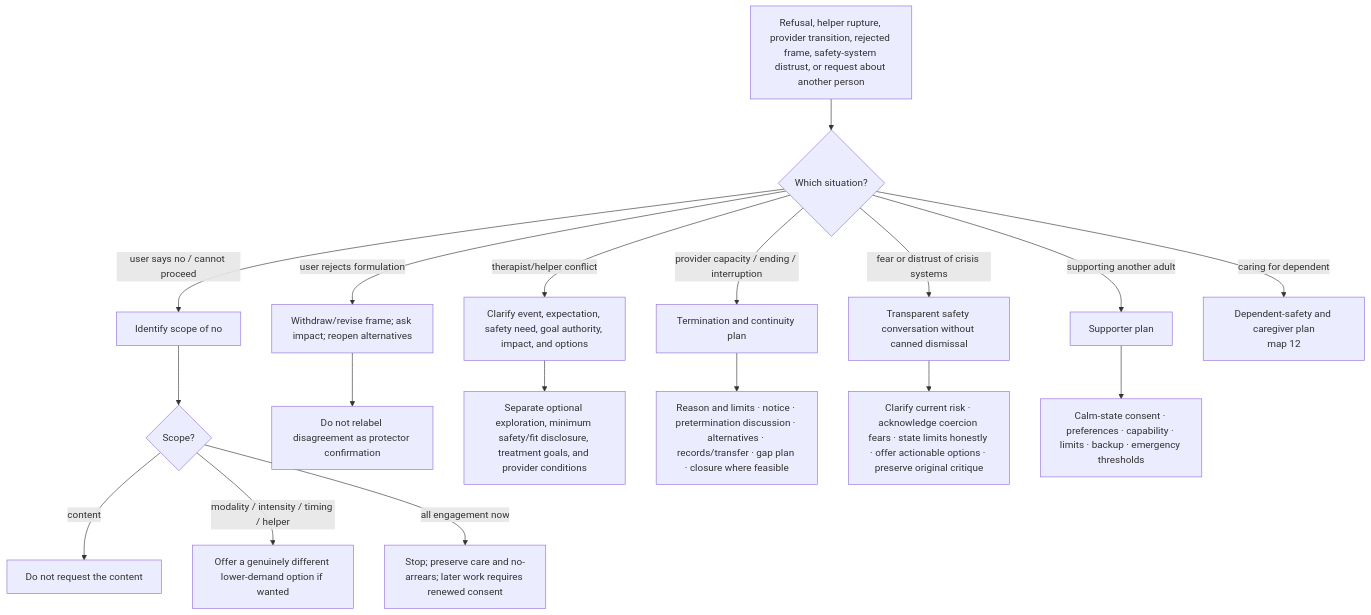
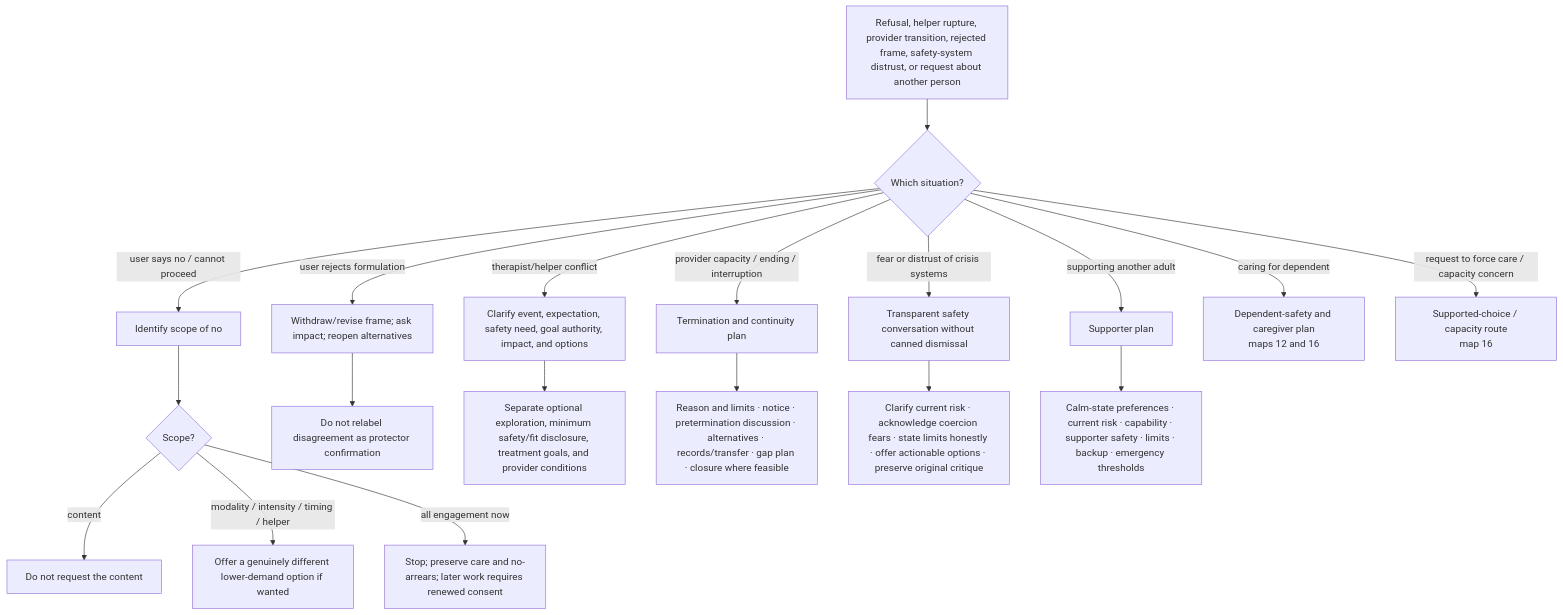
Before and after one commit to u-dont-existDOTcom/creativeTailSampling: the diagram in analysis/inner_child_protocol/maps/14-SCOPED-CONSENT-FRAME-REPAIR-AND-THIRD-PARTY-HELP.md, drawn with Mermaid. The commit also changed other lines of this file, not shown here.

Commit message:
Add supporter limits and capacity routing

````diff
--- a/analysis/inner_child_protocol/maps/14-SCOPED-CONSENT-FRAME-REPAIR-AND-THIRD-PARTY-HELP.md
+++ b/analysis/inner_child_protocol/maps/14-SCOPED-CONSENT-FRAME-REPAIR-AND-THIRD-PARTY-HELP.md
@@ -5,22 +5,23 @@
 ```mermaid
 flowchart TD
     A["Refusal, helper rupture, provider transition, rejected frame, safety-system distrust, or request about another person"] --> B{"Which situation?"}
     B -- "user says no / cannot proceed" --> C["Identify scope of no"]
     B -- "user rejects formulation" --> D["Withdraw/revise frame; ask impact; reopen alternatives"]
     B -- "therapist/helper conflict" --> E["Clarify event, expectation, safety need, goal authority, impact, and options"]
     B -- "provider capacity / ending / interruption" --> E2["Termination and continuity plan"]
     B -- "fear or distrust of crisis systems" --> E3["Transparent safety conversation without canned dismissal"]
     B -- "supporting another adult" --> F["Supporter plan"]
-    B -- "caring for dependent" --> G["Dependent-safety and caregiver plan<br/>map 12"]
+    B -- "caring for dependent" --> G["Dependent-safety and caregiver plan<br/>maps 12 and 16"]
+    B -- "request to force care / capacity concern" --> G2["Supported-choice / capacity route<br/>map 16"]
 
     C --> H{"Scope?"}
     H -- "content" --> I["Do not request the content"]
     H -- "modality / intensity / timing / helper" --> J["Offer a genuinely different lower-demand option if wanted"]
     H -- "all engagement now" --> K["Stop; preserve care and no-arrears; later work requires renewed consent"]
 
     D --> L["Do not relabel disagreement as protector confirmation"]
     E --> M["Separate optional exploration, minimum safety/fit disclosure, treatment goals, and provider conditions"]
     E2 --> M2["Reason and limits · notice · pretermination discussion · alternatives · records/transfer · gap plan · closure where feasible"]
     E3 --> M3["Clarify current risk · acknowledge coercion fears · state limits honestly · offer actionable options · preserve original critique"]
-    F --> N["Calm-state consent · preferences · capability · limits · backup · emergency thresholds"]
+    F --> N["Calm-state preferences · current risk · capability · supporter safety · limits · backup · emergency thresholds"]
 ```
````
